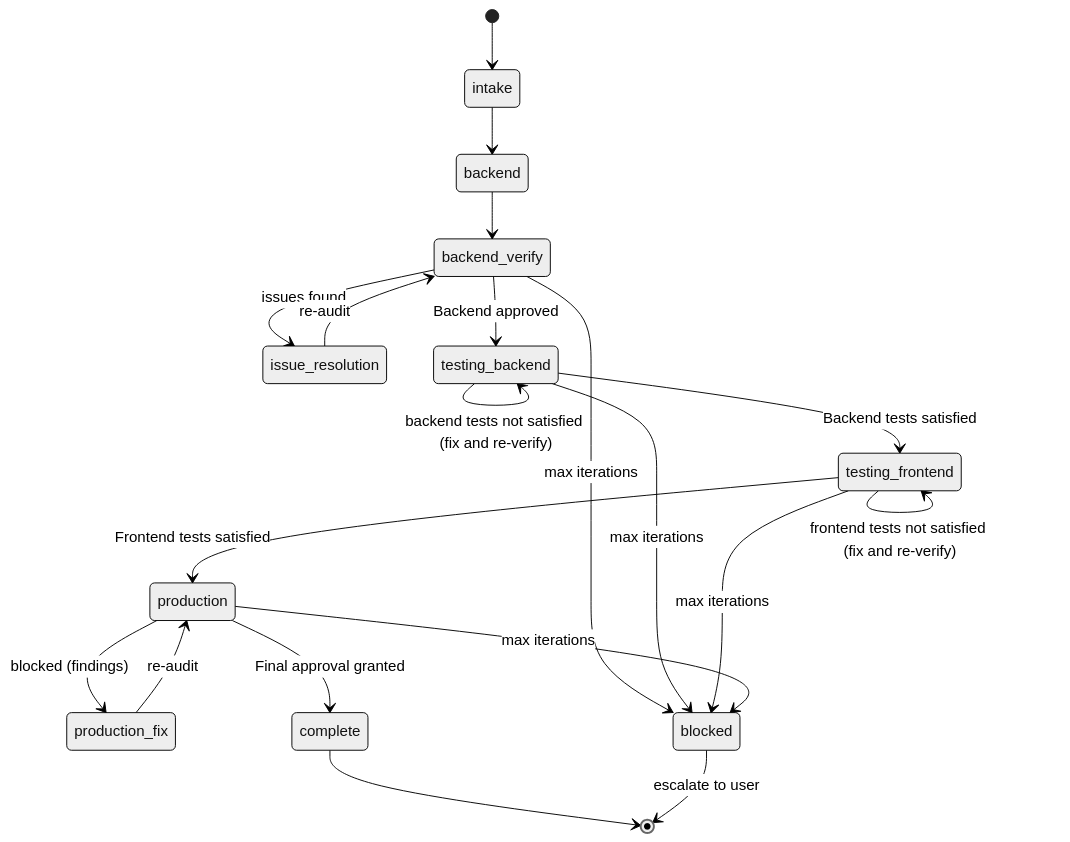
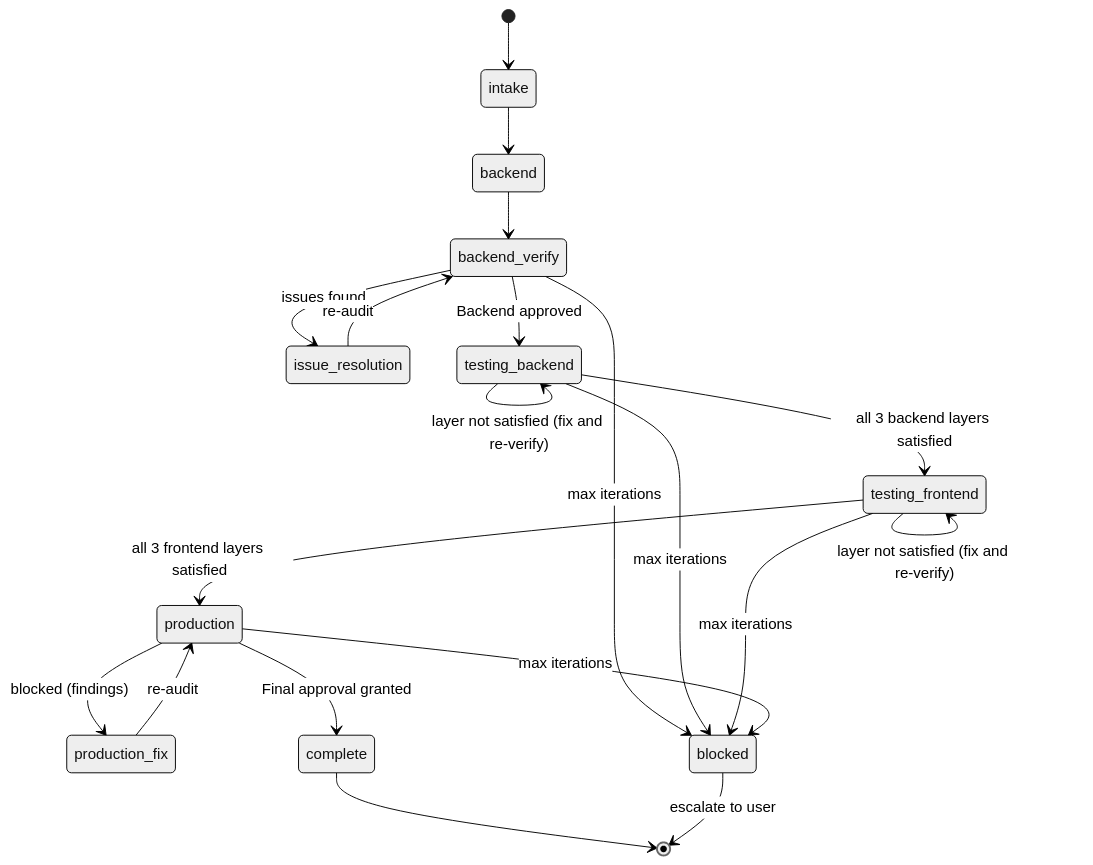
One commit to priyam-qo-box/agents changed diagram 11 of 11 in .cursor/agents/ARCHITECTURE.md. Above: the diagram before and after it, drawn with Mermaid (neutral theme). The commit also changed other lines of this file and 28 other files, not shown here.

````diff
--- a/.cursor/agents/ARCHITECTURE.md
+++ b/.cursor/agents/ARCHITECTURE.md
@@ -405,26 +479,26 @@
 ```mermaid
 stateDiagram-v2
     [*] --> intake
     intake --> backend
     backend --> backend_verify
     backend_verify --> issue_resolution: issues found
     issue_resolution --> backend_verify: re-audit
     backend_verify --> testing_backend: Backend approved
 
-    testing_backend --> testing_backend: backend tests not satisfied (fix and re-verify)
-    testing_backend --> testing_frontend: Backend tests satisfied
+    testing_backend --> testing_backend: layer not satisfied (fix and re-verify)
+    testing_backend --> testing_frontend: all 3 backend layers satisfied
 
-    testing_frontend --> testing_frontend: frontend tests not satisfied (fix and re-verify)
-    testing_frontend --> production: Frontend tests satisfied
+    testing_frontend --> testing_frontend: layer not satisfied (fix and re-verify)
+    testing_frontend --> production: all 3 frontend layers satisfied
 
     production --> production_fix: blocked (findings)
     production_fix --> production: re-audit
     production --> complete: Final approval granted
     complete --> [*]
 
     backend_verify --> blocked: max iterations
     testing_backend --> blocked: max iterations
     testing_frontend --> blocked: max iterations
     production --> blocked: max iterations
     blocked --> [*]: escalate to user
 ```
````
